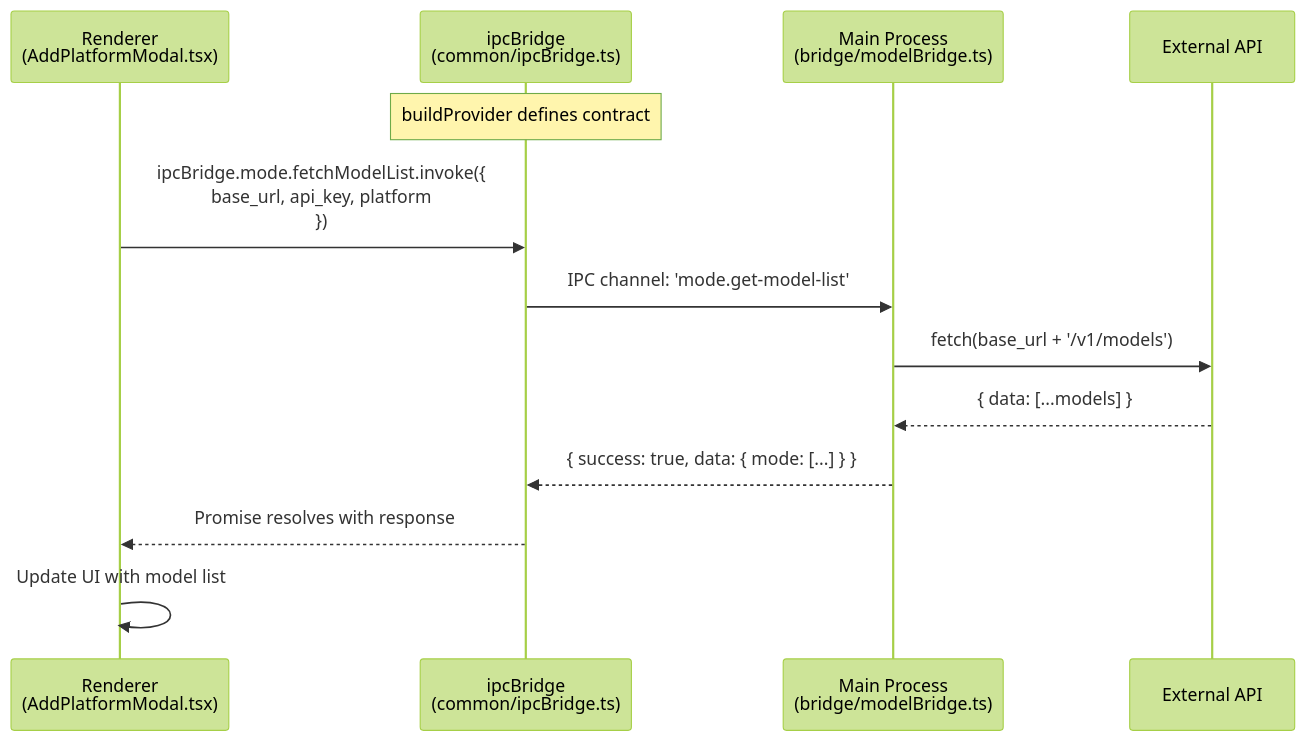
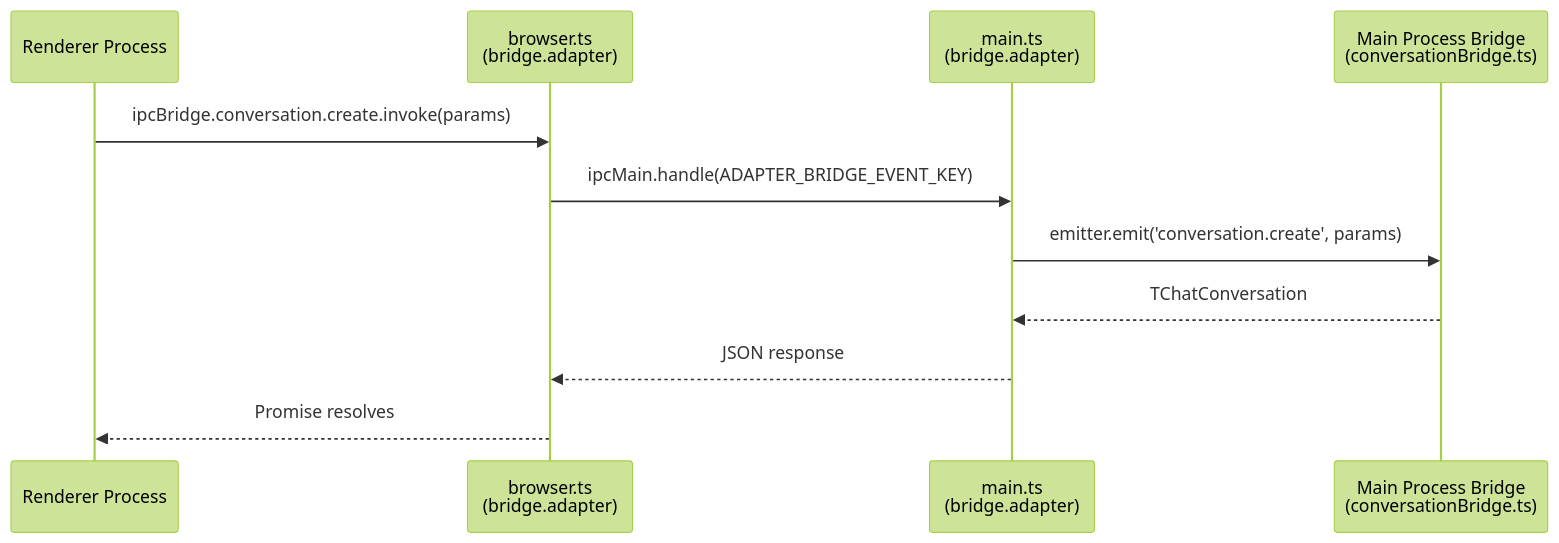
Before and after one commit to blackcater/zentree: the second of 2 diagrams in docs/iOfficeAI_AionUi/architecture/inter-process-communication.md, drawn with Mermaid (forest theme). The commit also changed other lines of this file and 232 other files, not shown here.

````diff
--- a/docs/iOfficeAI_AionUi/architecture/inter-process-communication.md
+++ b/docs/iOfficeAI_AionUi/architecture/inter-process-communication.md
@@ -88,16 +92,14 @@
 ```mermaid
 sequenceDiagram
-    participant R as Renderer<br/>(AddPlatformModal.tsx)
-    participant B as ipcBridge<br/>(common/ipcBridge.ts)
-    participant M as Main Process<br/>(bridge/modelBridge.ts)
-    participant API as External API
-
-    Note over B: buildProvider defines contract
-    R->>B: ipcBridge.mode.fetchModelList.invoke({<br/>  base_url, api_key, platform<br/>})
-    B->>M: IPC channel: 'mode.get-model-list'
-    M->>API: fetch(base_url + '/v1/models')
-    API-->>M: { data: [...models] }
-    M-->>B: { success: true, data: { mode: [...] } }
-    B-->>R: Promise resolves with response
-    R->>R: Update UI with model list
+    participant R as Renderer Process
+    participant BA as browser.ts<br/>(bridge.adapter)
+    participant MA as main.ts<br/>(bridge.adapter)
+    participant M as Main Process Bridge<br/>(conversationBridge.ts)
+    
+    R->>BA: ipcBridge.conversation.create.invoke(params)
+    BA->>MA: ipcMain.handle(ADAPTER_BRIDGE_EVENT_KEY)
+    MA->>M: emitter.emit('conversation.create', params)
+    M-->>MA: TChatConversation
+    MA-->>BA: JSON response
+    BA-->>R: Promise resolves
 ```
````
